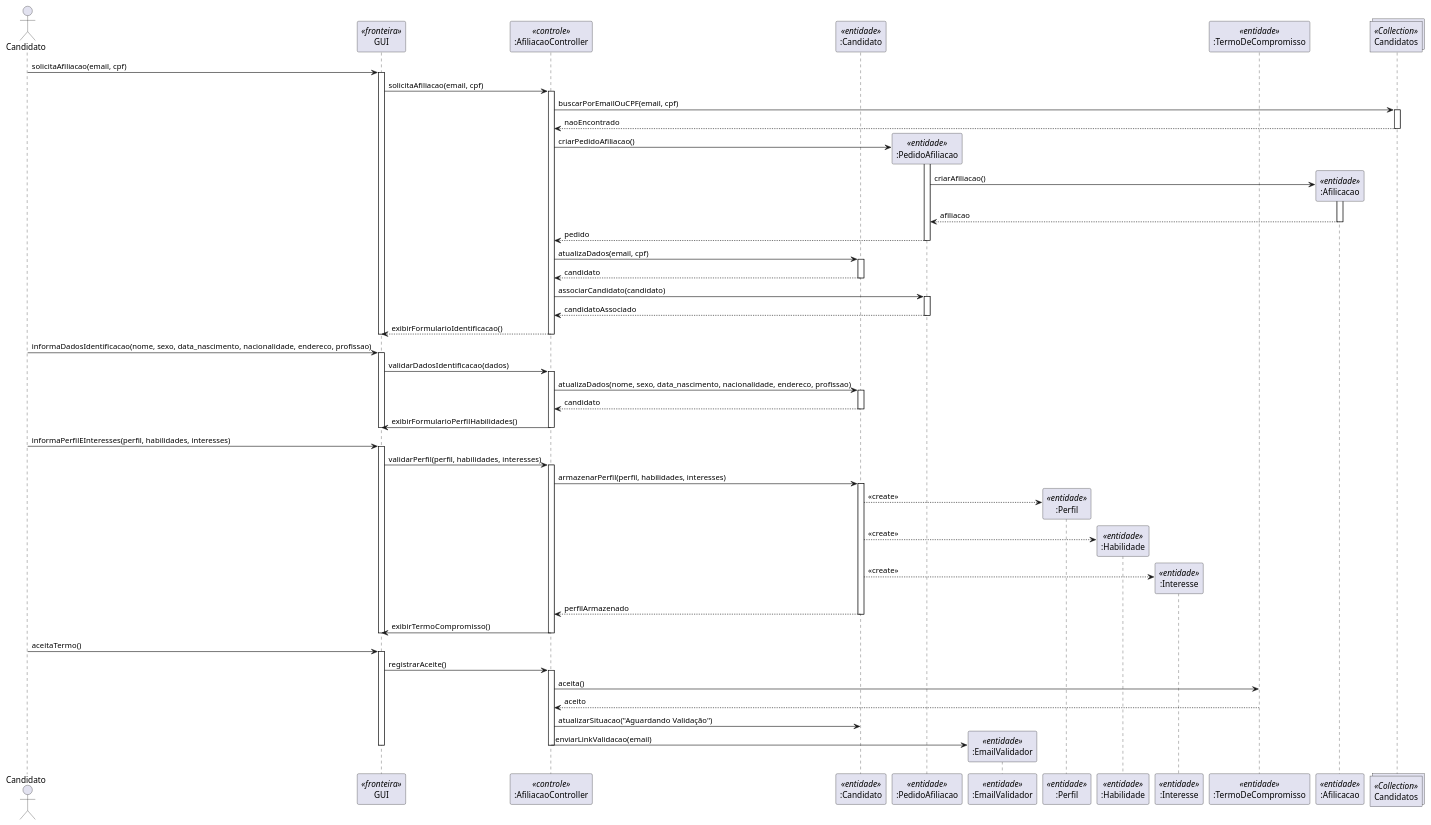
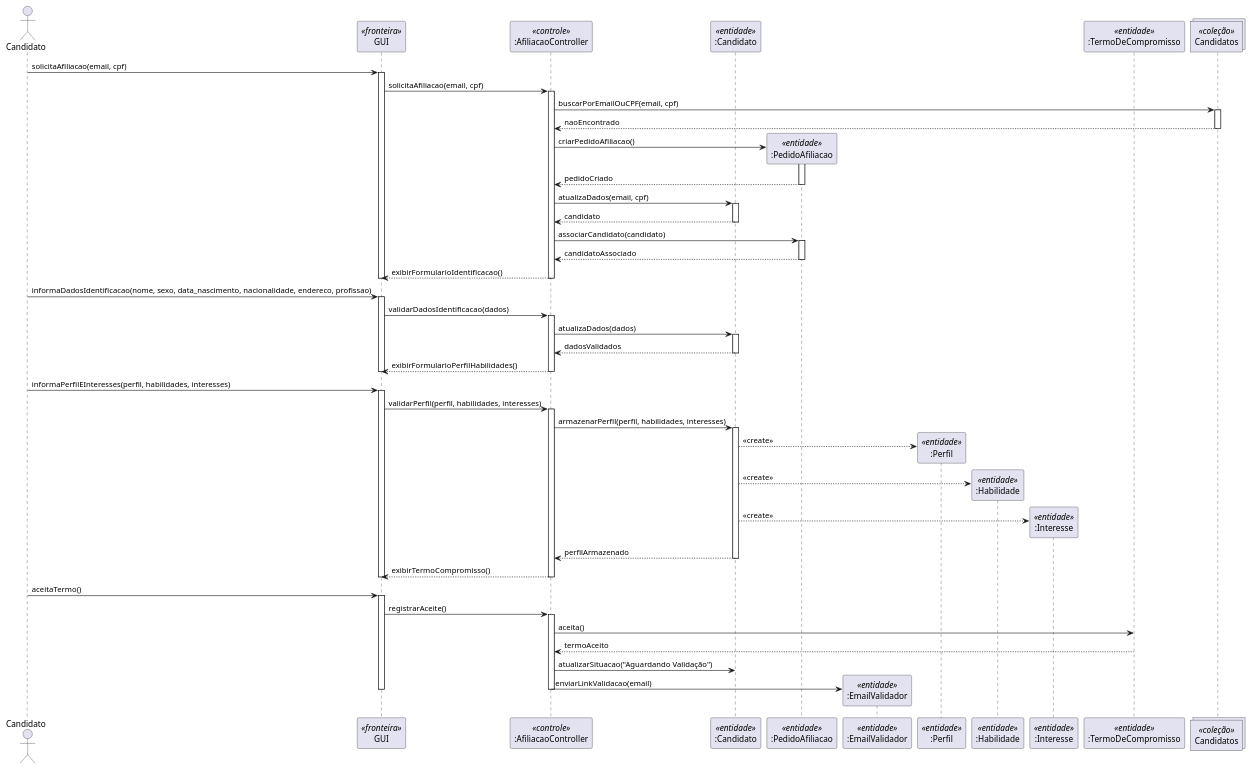
Before and after one commit to guisgiacomini/redeMaisSocialProjetoSoftware: the diagram in diagrama-sequencia/uc002/fluxo-principal.puml, drawn with PlantUML. The commit also changed 1 other file, not shown here.

```diff
--- a/diagrama-sequencia/uc002/fluxo-principal.puml
+++ b/diagrama-sequencia/uc002/fluxo-principal.puml
@@ -1,102 +1,92 @@
 @startuml
 actor "Candidato" as ator
 participant "GUI" as gui <<fronteira>>
 participant ":AfiliacaoController" as controller <<controle>>
 participant ":Candidato" as candidato <<entidade>>
-participant ":PedidoAfiliacao" as afiliacao <<entidade>>
+participant ":PedidoAfiliacao" as pedido <<entidade>>
 participant ":EmailValidador" as emailValidador <<entidade>>
 participant ":Perfil" as perfil <<entidade>>
 participant ":Habilidade" as habilidade <<entidade>>
 participant ":Interesse" as interesse <<entidade>>
 participant ":TermoDeCompromisso" as termo <<entidade>>
-participant ":Afilicacao" as afiliacaoent <<entidade>>
 
-collections "Candidatos" as collectionCandidato <<Collection>>
+collections "Candidatos" as collectionCandidato <<coleção>>
 
-
+' --- Solicitação de afiliação ---
 ator -> gui: solicitaAfiliacao(email, cpf)
 activate gui
 gui -> controller: solicitaAfiliacao(email, cpf)
 activate controller
 
 controller -> collectionCandidato: buscarPorEmailOuCPF(email, cpf)
 activate collectionCandidato
 collectionCandidato --> controller: naoEncontrado
 deactivate collectionCandidato
 
-controller -> afiliacao **: criarPedidoAfiliacao()
-activate afiliacao
-afiliacao -> afiliacaoent **: criarAfiliacao()
-activate afiliacaoent
-afiliacaoent --> afiliacao: afiliacao
-deactivate afiliacaoent
-afiliacao --> controller: pedido
-deactivate afiliacao
-controller -> candidato : atualizaDados(email, cpf)
+controller -> pedido **: criarPedidoAfiliacao()
+activate pedido
+pedido --> controller: pedidoCriado
+deactivate pedido
+
+controller -> candidato: atualizaDados(email, cpf)
 activate candidato
-candidato --> controller : candidato
+candidato --> controller: candidato
 deactivate candidato
 
-controller -> afiliacao: associarCandidato(candidato)
-activate afiliacao
-afiliacao --> controller: candidatoAssociado
-deactivate afiliacao
-
-' activate candidato
-' candidato --> controller: candidatoCriado
-' deactivate candidato
+controller -> pedido: associarCandidato(candidato)
+activate pedido
+pedido --> controller: candidatoAssociado
+deactivate pedido
 
 controller --> gui: exibirFormularioIdentificacao()
 deactivate controller
 deactivate gui
 
 ' --- Preenchimento e validação dos dados ---
 ator -> gui: informaDadosIdentificacao(nome, sexo, data_nascimento, nacionalidade, endereco, profissao)
 activate gui
 gui -> controller: validarDadosIdentificacao(dados)
 activate controller
 
-controller -> candidato: atualizaDados(nome, sexo, data_nascimento, nacionalidade, endereco, profissao)
+controller -> candidato: atualizaDados(dados)
 activate candidato
-candidato --> controller: candidato
+candidato --> controller: dadosValidados
 deactivate candidato
 
-
-controller -> gui: exibirFormularioPerfilHabilidades()
+controller --> gui: exibirFormularioPerfilHabilidades()
 deactivate controller
 deactivate gui
 
 ' --- Preenchimento do perfil ---
 ator -> gui: informaPerfilEInteresses(perfil, habilidades, interesses)
 activate gui
 gui -> controller: validarPerfil(perfil, habilidades, interesses)
 activate controller
 
 controller -> candidato: armazenarPerfil(perfil, habilidades, interesses)
 activate candidato
 candidato --> perfil ** : <<create>>
-candidato --> habilidade **: <<create>>
-candidato --> interesse **: <<create>>
-
-
+candidato --> habilidade ** : <<create>>
+candidato --> interesse ** : <<create>>
 candidato --> controller: perfilArmazenado
 deactivate candidato
 
-controller -> gui: exibirTermoCompromisso()
+controller --> gui: exibirTermoCompromisso()
 deactivate controller
 deactivate gui
 
 ' --- Aceite do termo ---
 ator -> gui: aceitaTermo()
 activate gui
 gui -> controller: registrarAceite()
 activate controller
+
 controller -> termo: aceita()
-termo --> controller: aceito
+termo --> controller: termoAceito
 
 controller -> candidato: atualizarSituacao("Aguardando Validação")
 controller -> emailValidador **: enviarLinkValidacao(email)
 deactivate controller
 deactivate gui
 
 @enduml
```
